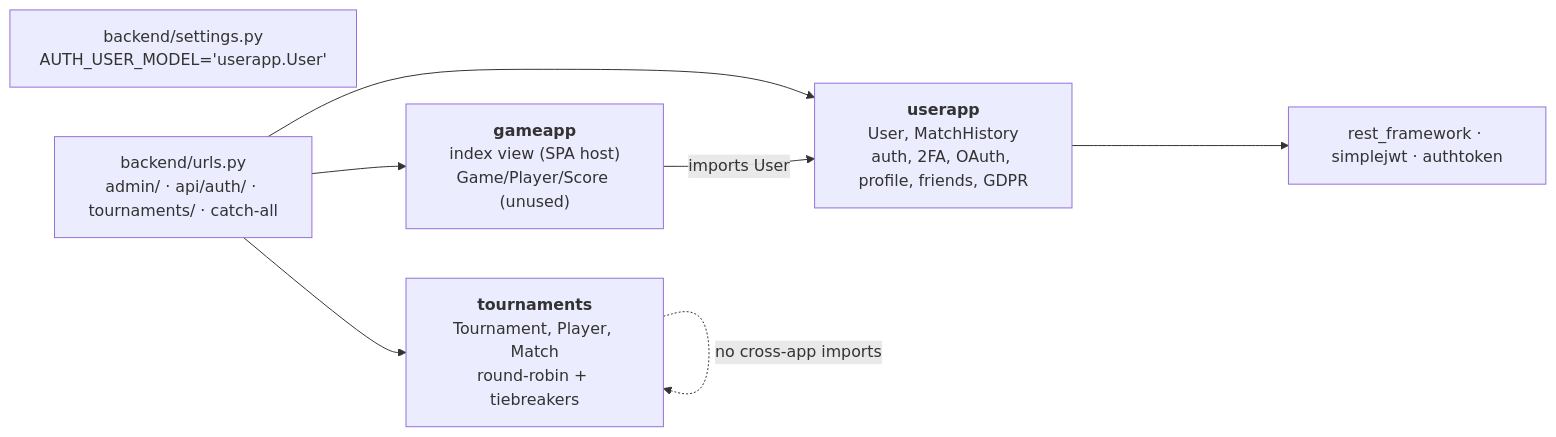
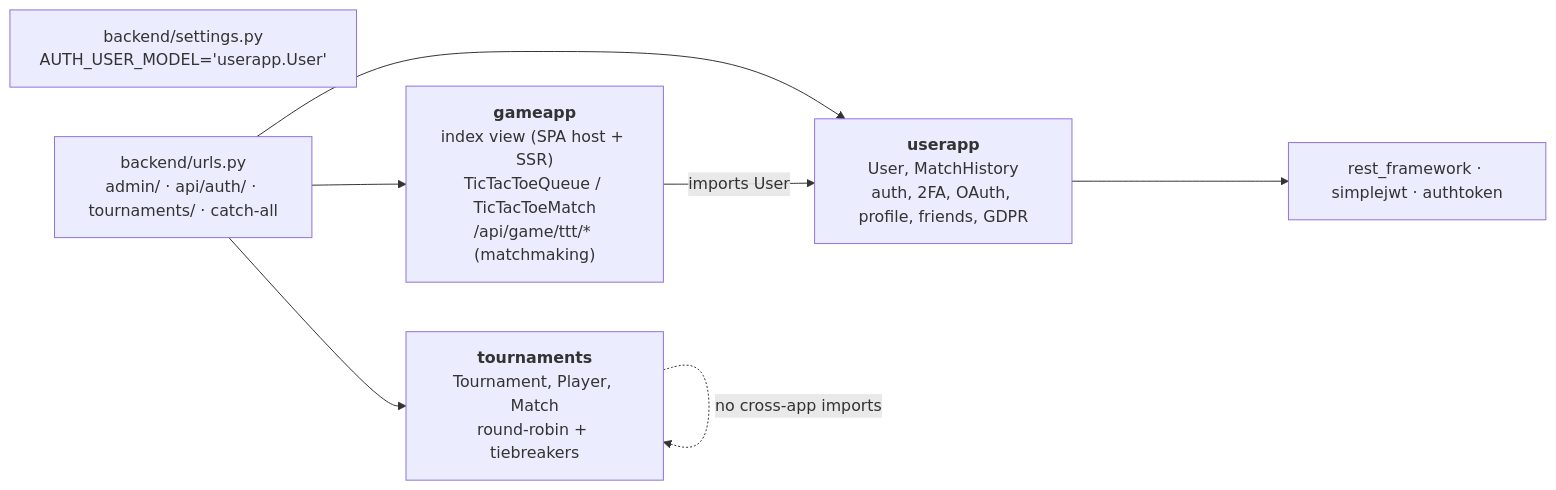
One commit to shamzaou/basta changed the diagram in docs/study-guide/architecture/02-backend-apps.md. Above: the diagram before and after it, drawn with Mermaid. The commit also changed other lines of this file and 56 other files, not shown here.

First line of the commit message:
Subject compliance: XSS fix, AI simulates keys at player speed, .env DB creds, protected tournament routes, next-fight, 42-safe anonymization, online TicTacToe matchmaking, real SSR

````diff
--- a/docs/study-guide/architecture/02-backend-apps.md
+++ b/docs/study-guide/architecture/02-backend-apps.md
@@ -7,15 +7,15 @@
 ```mermaid
 flowchart LR
     settings["backend/settings.py<br/>AUTH_USER_MODEL='userapp.User'"]
     urls["backend/urls.py<br/>admin/ · api/auth/ · tournaments/ · catch-all"]
     userapp["<b>userapp</b><br/>User, MatchHistory<br/>auth, 2FA, OAuth, profile, friends, GDPR"]
     tournaments["<b>tournaments</b><br/>Tournament, Player, Match<br/>round-robin + tiebreakers"]
-    gameapp["<b>gameapp</b><br/>index view (SPA host)<br/>Game/Player/Score (unused)"]
+    gameapp["<b>gameapp</b><br/>index view (SPA host + SSR)<br/>TicTacToeQueue / TicTacToeMatch<br/>/api/game/ttt/* (matchmaking)"]
     drf["rest_framework · simplejwt · authtoken"]
     urls --> userapp
     urls --> tournaments
     urls --> gameapp
     gameapp -- "imports User" --> userapp
     userapp --> drf
     tournaments -. "no cross-app imports" .-> tournaments
 ```
````
